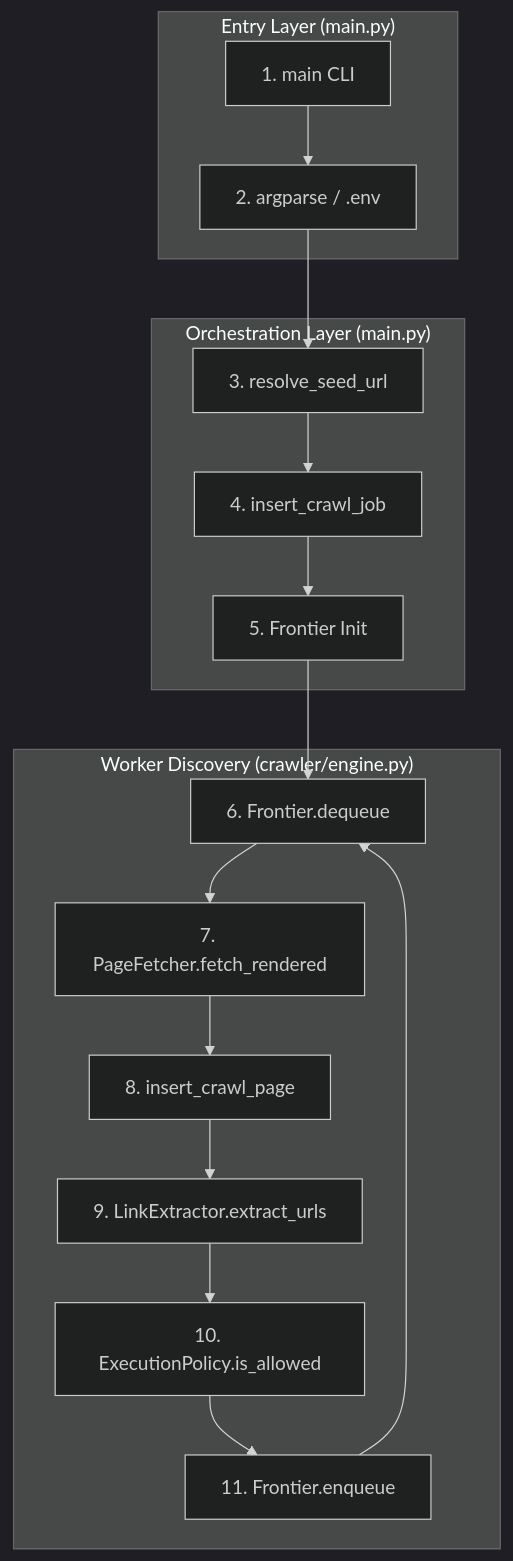
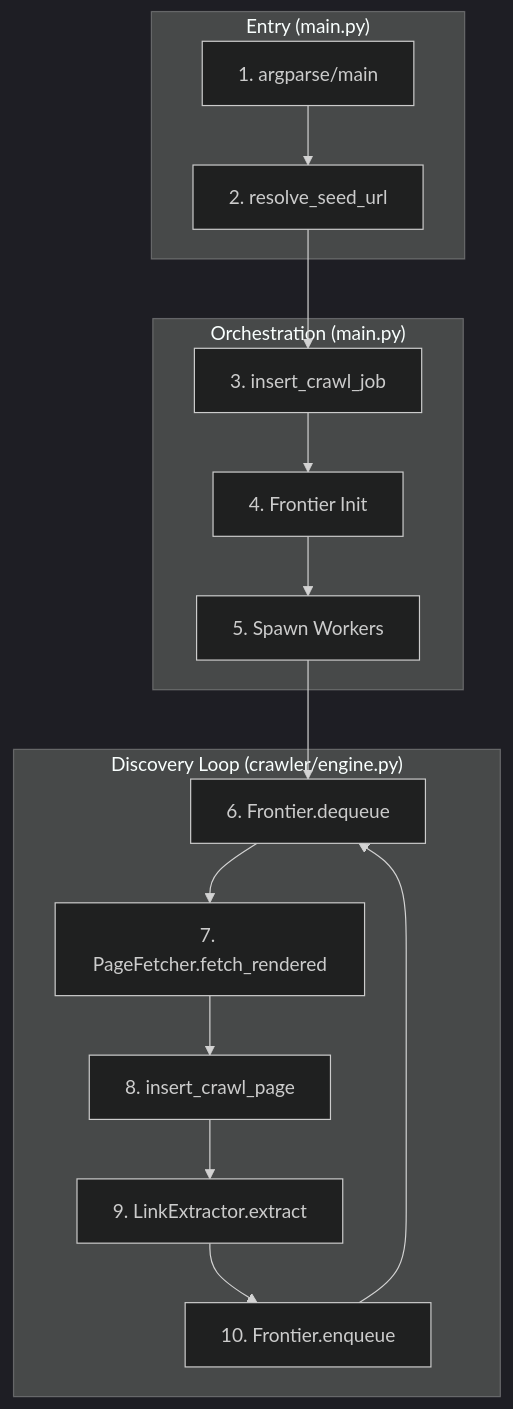
The diagram in baseline-crawler/docs/crawl_mode.md (Ailover123/Defacement-Detection-System), drawn with Mermaid (dark theme) before and after one commit. The commit also changed other lines of this file, not shown here.

````diff
--- a/baseline-crawler/docs/crawl_mode.md
+++ b/baseline-crawler/docs/crawl_mode.md
@@ -67,22 +56,21 @@
 ```mermaid
 graph TD
-    subgraph "Entry Layer (main.py)"
-        CLI[1. main CLI] --> PARSE[2. argparse / .env]
+    subgraph "Entry (main.py)"
+        A[1. argparse/main] --> B[2. resolve_seed_url]
     end
 
-    subgraph "Orchestration Layer (main.py)"
-        PARSE --> SEED[3. resolve_seed_url]
-        SEED --> JOB[4. insert_crawl_job]
-        JOB --> FRONTIER[5. Frontier Init]
+    subgraph "Orchestration (main.py)"
+        B --> C[3. insert_crawl_job]
+        C --> D[4. Frontier Init]
+        D --> E[5. Spawn Workers]
     end
 
-    subgraph "Worker Discovery (crawler/engine.py)"
-        FRONTIER --> DEQ[6. Frontier.dequeue]
-        DEQ --> FETCH[7. PageFetcher.fetch_rendered]
-        FETCH --> SAVE[8. insert_crawl_page]
-        SAVE --> EXT[9. LinkExtractor.extract_urls]
-        EXT --> FILTER[10. ExecutionPolicy.is_allowed]
-        FILTER --> ENQ[11. Frontier.enqueue]
-        ENQ --> DEQ
+    subgraph "Discovery Loop (crawler/engine.py)"
+        E --> F[6. Frontier.dequeue]
+        F --> G[7. PageFetcher.fetch_rendered]
+        G --> H[8. insert_crawl_page]
+        H --> I[9. LinkExtractor.extract]
+        I --> J[10. Frontier.enqueue]
+        J --> F
     end
 ```
````
